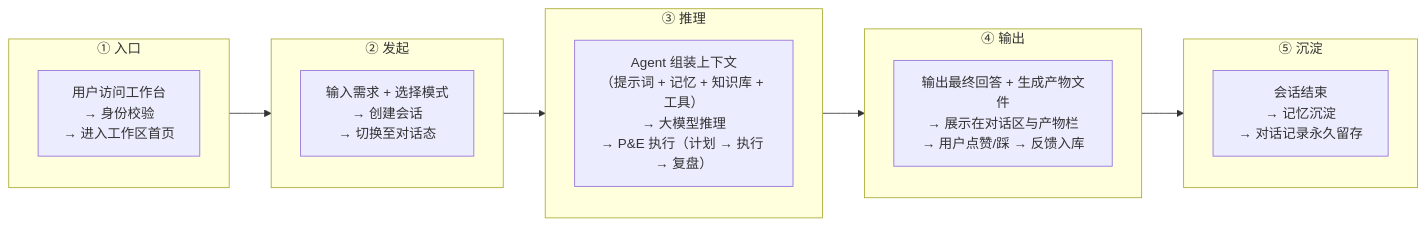
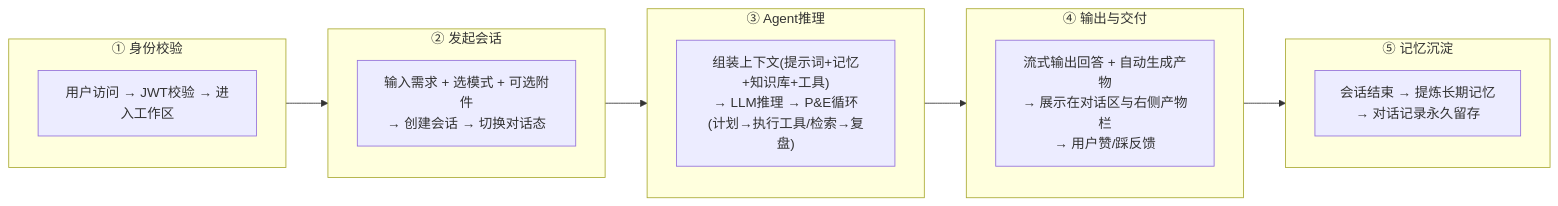
One commit to fri555/PORTL changed the second of 24 diagrams in docs/需求文档/AI工作门户-MVP-PRD.md. Above: the diagram before and after it, drawn with Mermaid. The commit also changed other lines of this file and 55 other files, not shown here.

````diff
--- a/docs/需求文档/AI工作门户-MVP-PRD.md
+++ b/docs/需求文档/AI工作门户-MVP-PRD.md
@@ -79,24 +94,19 @@
 ```mermaid
 flowchart LR
-    subgraph S1["① 入口"]
-        A["用户访问工作台<br/>→ 身份校验<br/>→ 进入工作区首页"]
+    subgraph S1["① 身份校验"]
+        A["用户访问 → JWT校验 → 进入工作区"]
     end
-
-    subgraph S2["② 发起"]
-        B["输入需求 + 选择模式<br/>→ 创建会话<br/>→ 切换至对话态"]
+    subgraph S2["② 发起会话"]
+        B["输入需求 + 选模式 + 可选附件<br/>→ 创建会话 → 切换对话态"]
     end
-
-    subgraph S3["③ 推理"]
-        C["Agent 组装上下文<br/>（提示词 + 记忆 + 知识库 + 工具）<br/>→ 大模型推理<br/>→ P&E 执行（计划 → 执行 → 复盘）"]
+    subgraph S3["③ Agent推理"]
+        C["组装上下文(提示词+记忆+知识库+工具)<br/>→ LLM推理 → P&E循环<br/>(计划→执行工具/检索→复盘)"]
     end
-
-    subgraph S4["④ 输出"]
-        D["输出最终回答 + 生成产物文件<br/>→ 展示在对话区与产物栏<br/>→ 用户点赞/踩 → 反馈入库"]
+    subgraph S4["④ 输出与交付"]
+        D["流式输出回答 + 自动生成产物<br/>→ 展示在对话区与右侧产物栏<br/>→ 用户赞/踩反馈"]
     end
-
-    subgraph S5["⑤ 沉淀"]
-        E["会话结束<br/>→ 记忆沉淀<br/>→ 对话记录永久留存"]
+    subgraph S5["⑤ 记忆沉淀"]
+        E["会话结束 → 提炼长期记忆<br/>→ 对话记录永久留存"]
     end
-
     S1 --> S2 --> S3 --> S4 --> S5
 ```
````
